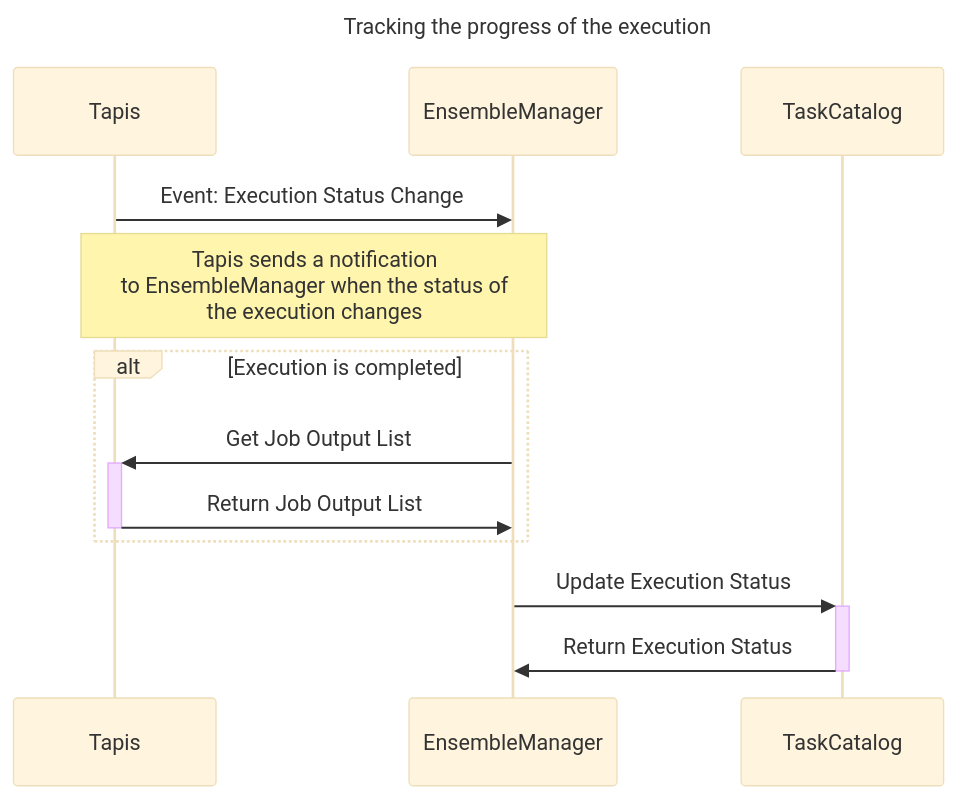
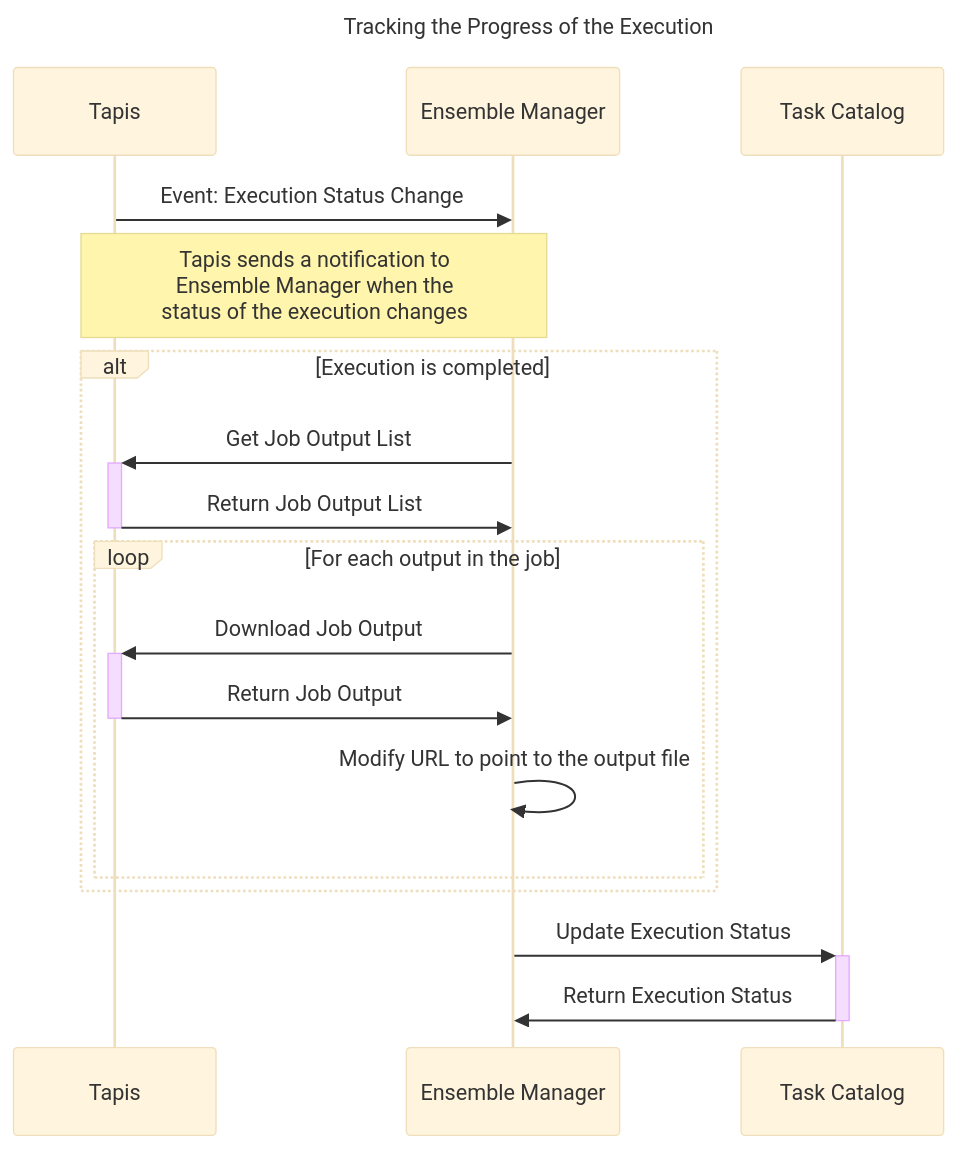
The second of 3 diagrams in docs/tapis/figures/submission.md (mintproject/mint-ensemble-manager), drawn with Mermaid (base theme) before and after one commit. The commit also changed other lines of this file, not shown here.

````diff
--- a/docs/tapis/figures/submission.md
+++ b/docs/tapis/figures/submission.md
@@ -29,15 +40,18 @@
 ```mermaid
 sequenceDiagram
-title Tracking the progress of the execution
+title Tracking the Progress of the Execution
 
-    Tapis ->>EnsembleManager: Event: Execution Status Change
-    note over EnsembleManager, Tapis: Tapis sends a notification <br> to EnsembleManager when the status of <br> the execution changes
+    Tapis ->>Ensemble Manager: Event: Execution Status Change
+    note over Ensemble Manager, Tapis: Tapis sends a notification to <br> Ensemble Manager when the <br> status of the execution changes
     alt Execution is completed
-        EnsembleManager ->>+Tapis: Get Job Output List
-        Tapis ->>-EnsembleManager: Return Job Output List
-
+        Ensemble Manager ->>+Tapis: Get Job Output List
+        Tapis ->>-Ensemble Manager: Return Job Output List
+        loop For each output in the job
+            Ensemble Manager ->>+Tapis: Download Job Output
+            Tapis ->>-Ensemble Manager: Return Job Output
+            Ensemble Manager ->>Ensemble Manager: Modify URL to point to the output file
+        end
     end
-    EnsembleManager ->>+TaskCatalog: Update Execution Status
-    TaskCatalog ->>-EnsembleManager: Return Execution Status
-
+    Ensemble Manager ->>+Task Catalog: Update Execution Status
+    Task Catalog ->>-Ensemble Manager: Return Execution Status
 ```
````
